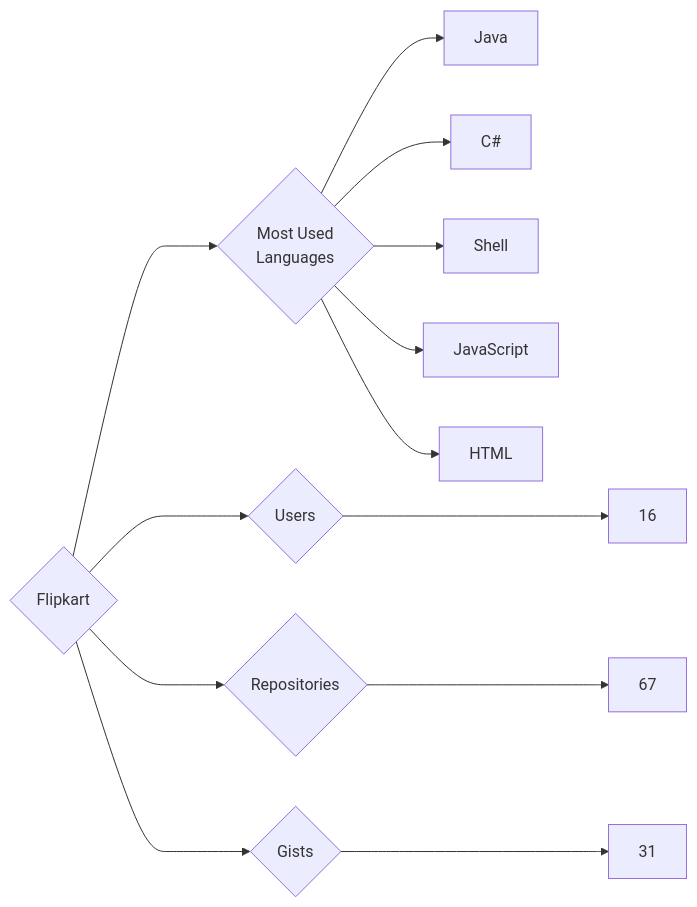
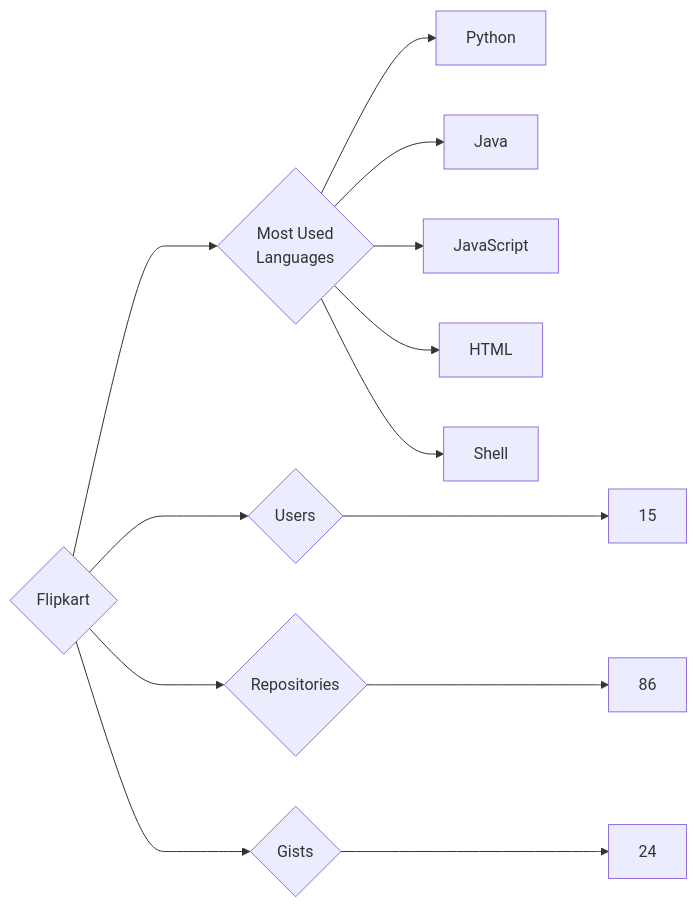
One commit to trickest/insiders changed the diagram in targets/Flipkart/README.md. Above: the diagram before and after it, drawn with Mermaid. The commit also changed 924 other files, not shown here.

````diff
--- a/targets/Flipkart/README.md
+++ b/targets/Flipkart/README.md
@@ -3,13 +3,13 @@
 ```mermaid
 graph LR
 COMPANY_NAME{Flipkart}
-COMPANY_NAME ---> U{Users} ---> UN[16]
-COMPANY_NAME ---> R{Repositories} ---> RN[67]
-COMPANY_NAME ---> G{Gists} ---> GN[31]
+COMPANY_NAME ---> U{Users} ---> UN[15]
+COMPANY_NAME ---> R{Repositories} ---> RN[86]
+COMPANY_NAME ---> G{Gists} ---> GN[24]
 COMPANY_NAME ---> ML{Most Used<br>Languages}
+ML --> Python[Python]
 ML --> Java[Java]
-ML --> C#[C#]
-ML --> Shell[Shell]
 ML --> JavaScript[JavaScript]
 ML --> HTML[HTML]
+ML --> Shell[Shell]
 ```
````
